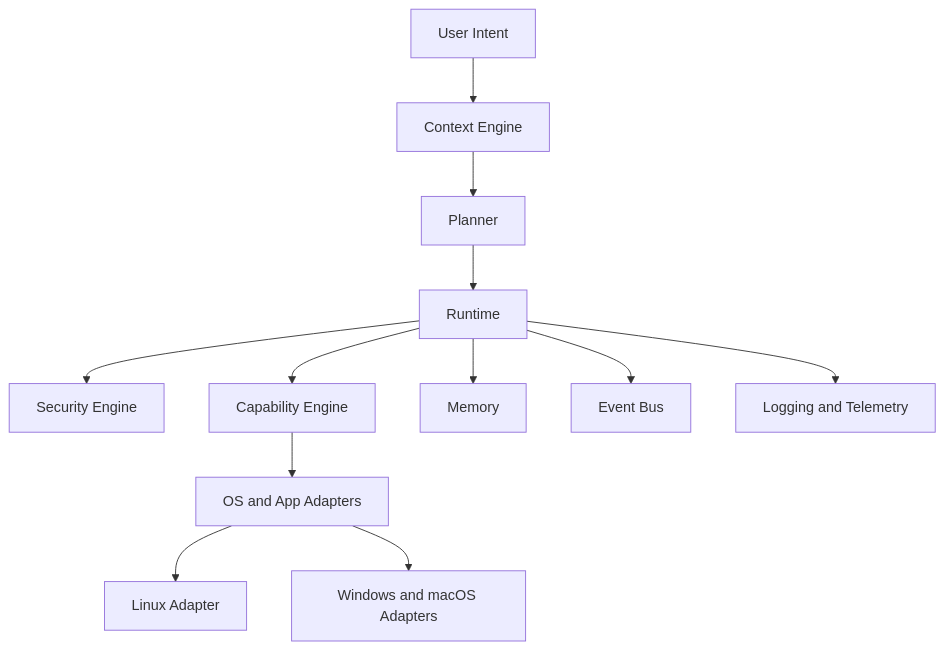
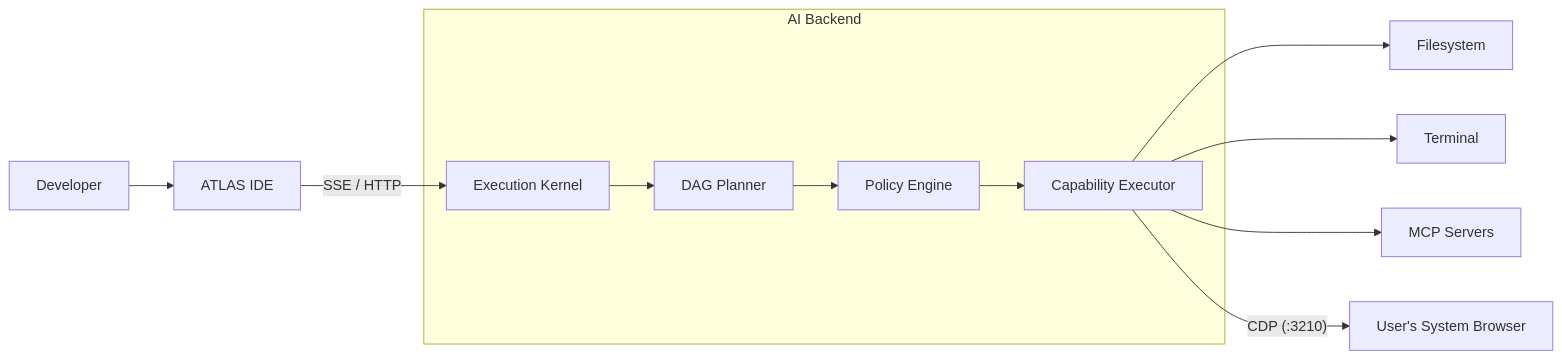
One commit to omkhalane/atlas changed the diagram in README.md. Above: the diagram before and after it, drawn with Mermaid. The commit also changed other lines of this file and 314 other files, not shown here.

````diff
--- a/README.md
+++ b/README.md
@@ -72,14 +38,16 @@
 ```mermaid
-flowchart TB
-    User[User Intent] --> Context[Context Engine]
-    Context --> Planner[Planner]
-    Planner --> Runtime[Runtime]
-    Runtime --> Security[Security Engine]
-    Runtime --> Capabilities[Capability Engine]
-    Capabilities --> Adapters[OS and App Adapters]
-    Adapters --> Linux[Linux Adapter]
-    Adapters --> Future[Windows and macOS Adapters]
-    Runtime --> Memory[Memory]
-    Runtime --> Events[Event Bus]
-    Runtime --> Logs[Logging and Telemetry]
+flowchart LR
+    User[Developer] --> IDE[ATLAS IDE]
+    IDE -- "SSE / HTTP" --> Kernel[Execution Kernel]
+    
+    subgraph AI Backend
+    Kernel --> Planner[DAG Planner]
+    Planner --> Policy[Policy Engine]
+    Policy --> Executor[Capability Executor]
+    end
+    
+    Executor --> Filesystem
+    Executor --> Terminal
+    Executor --> MCP[MCP Servers]
+    Executor -- "CDP (:3210)" --> Browser[User's System Browser]
 ```
````
